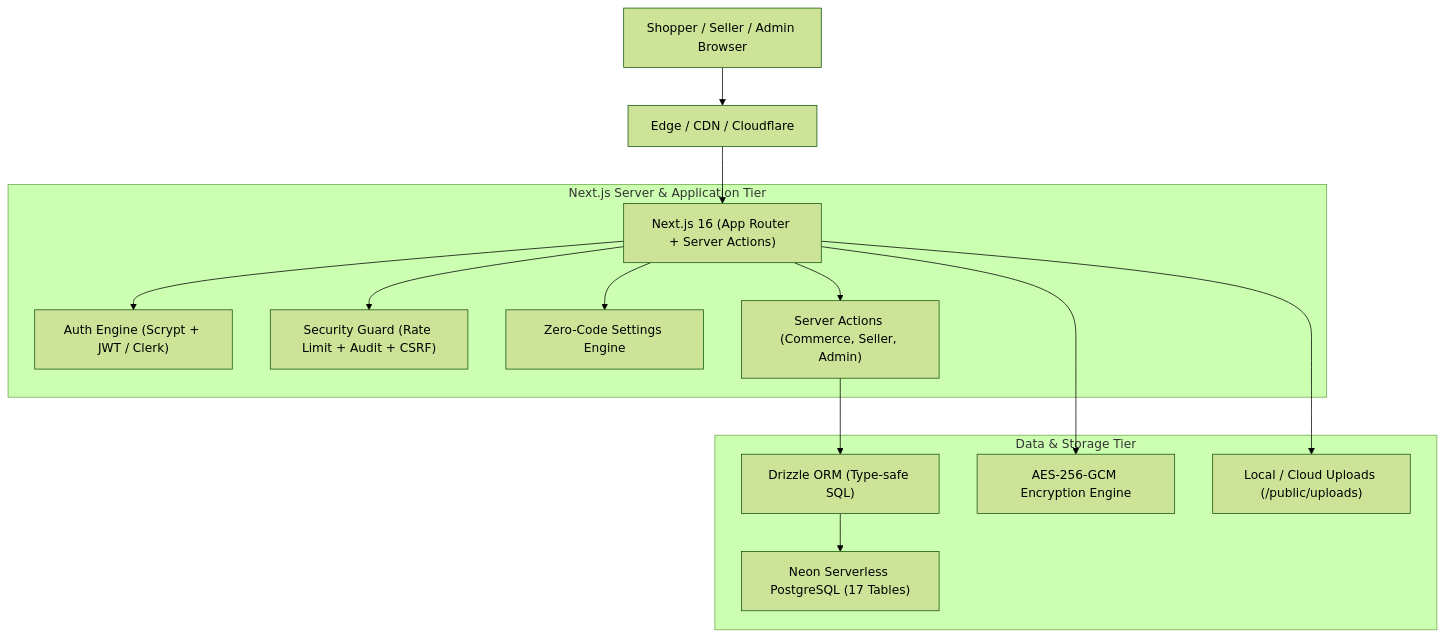
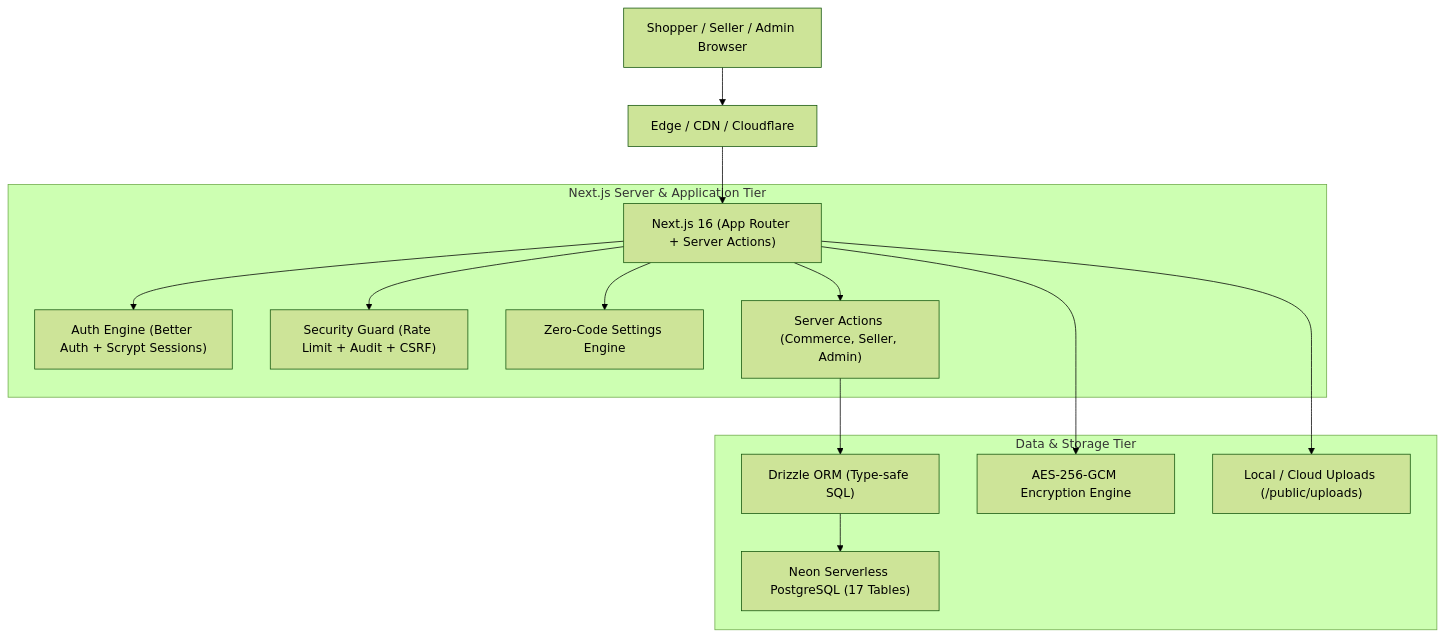
Before and after one commit to PrivMITLab/aalm-vastralay: the diagram in .ai/ARCHITECTURE.md, drawn with Mermaid (forest theme). The commit also changed 24 other files, not shown here.

Commit message:
fix(auth): purge clerk remnants, fix mobile e2e, and stop auto-release

````diff
--- a/.ai/ARCHITECTURE.md
+++ b/.ai/ARCHITECTURE.md
@@ -6,19 +6,19 @@
 ```mermaid
 flowchart TD
     Client["Shopper / Seller / Admin Browser"] --> Cloudflare["Edge / CDN / Cloudflare"]
     Cloudflare --> NextApp["Next.js 16 (App Router + Server Actions)"]
     
     subgraph Server_Tier["Next.js Server & Application Tier"]
-        NextApp --> AuthEngine["Auth Engine (Scrypt + JWT / Clerk)"]
+        NextApp --> AuthEngine["Auth Engine (Better Auth + Scrypt Sessions)"]
         NextApp --> SecurityGuard["Security Guard (Rate Limit + Audit + CSRF)"]
         NextApp --> SettingsEngine["Zero-Code Settings Engine"]
         NextApp --> ActionsEngine["Server Actions (Commerce, Seller, Admin)"]
     end
     
     subgraph Data_Tier["Data & Storage Tier"]
         ActionsEngine --> DrizzleORM["Drizzle ORM (Type-safe SQL)"]
         DrizzleORM --> NeonPostgres["Neon Serverless PostgreSQL (17 Tables)"]
         NextApp --> EncryptionEngine["AES-256-GCM Encryption Engine"]
         NextApp --> LocalStorage["Local / Cloud Uploads (/public/uploads)"]
     end
 ```
````
